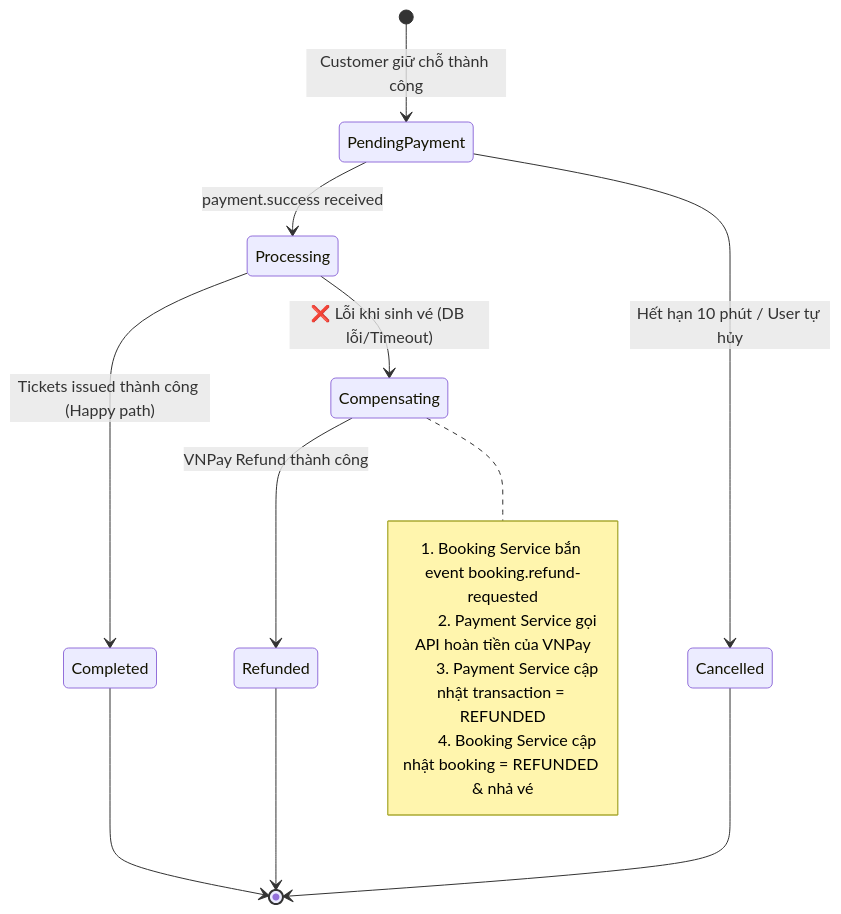
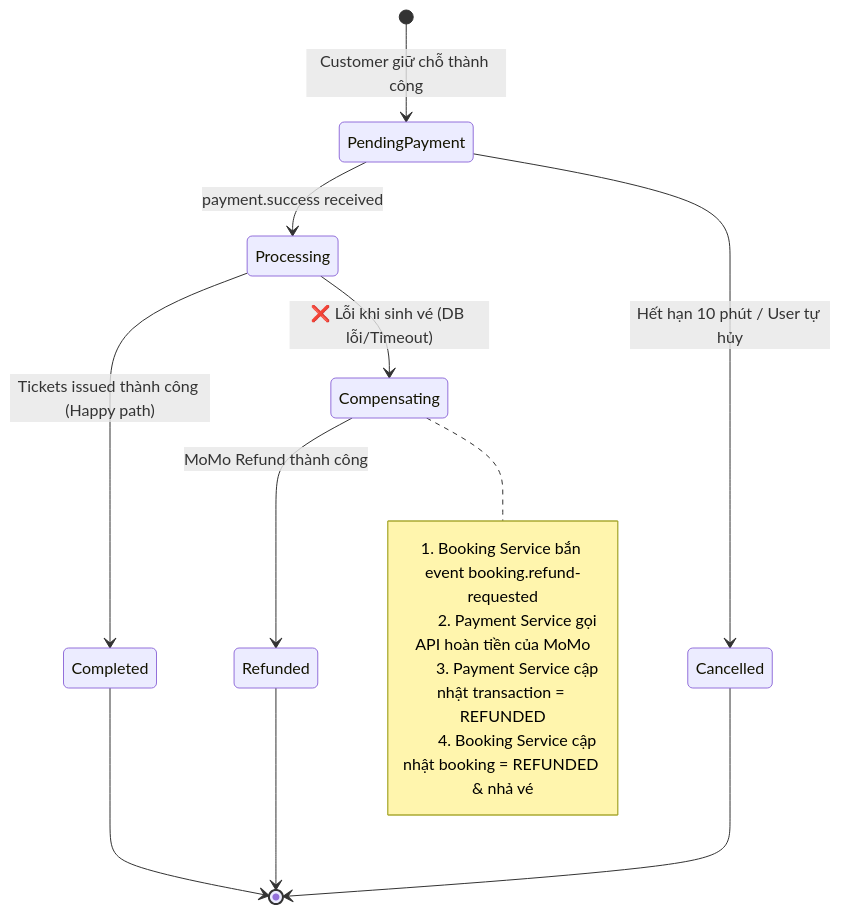
Before and after one commit to dangngockhieu/TicketBooking: the sixth of 9 diagrams in docs/architecture-diagrams.md, drawn with Mermaid. The commit also changed other lines of this file and 30 other files, not shown here.

````diff
--- a/docs/architecture-diagrams.md
+++ b/docs/architecture-diagrams.md
@@ -295,23 +295,23 @@
 ```mermaid
 stateDiagram-v2
     [*] --> PendingPayment: Customer giữ chỗ thành công
 
     PendingPayment --> Processing: payment.success received
     PendingPayment --> Cancelled: Hết hạn 10 phút / User tự hủy
 
     Processing --> Completed: Tickets issued thành công (Happy path)
     Processing --> Compensating: ❌ Lỗi khi sinh vé (DB lỗi/Timeout)
 
-    Compensating --> Refunded: VNPay Refund thành công
+    Compensating --> Refunded: MoMo Refund thành công
 
     Completed --> [*]
     Cancelled --> [*]
     Refunded --> [*]
 
     note right of Compensating
-        1. Booking Service bắn event booking.refund-requested
-        2. Payment Service gọi API hoàn tiền của VNPay
-        3. Payment Service cập nhật transaction = REFUNDED
-        4. Booking Service cập nhật booking = REFUNDED & nhả vé
+        1. Booking Service bắn event booking.refund-requested
+        2. Payment Service gọi API hoàn tiền của MoMo
+        3. Payment Service cập nhật transaction = REFUNDED
+        4. Booking Service cập nhật booking = REFUNDED & nhả vé
     end note
 ```
````
